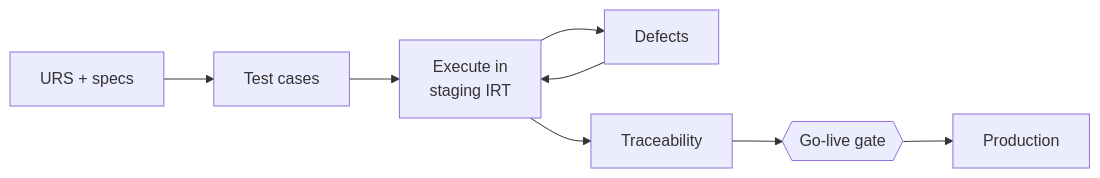
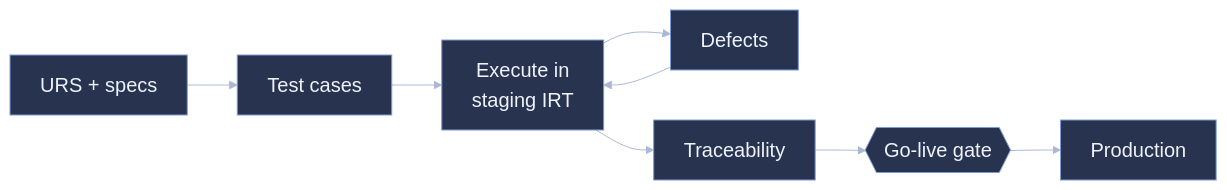
One commit to patrickiben/biometrics-ai-portfolio changed the diagram in uat_irt/quarto/uat-slides.qmd. Above: the diagram before and after it, drawn with Mermaid. The commit also changed other lines of this file and 45 other files, not shown here.

````diff
--- a/uat_irt/quarto/uat-slides.qmd
+++ b/uat_irt/quarto/uat-slides.qmd
@@ -33,10 +35,7 @@
 ```{mermaid}
+%%{init: {'theme':'base','themeVariables':{'primaryColor':'#28344f','primaryTextColor':'#eef2fb','primaryBorderColor':'#7d9bd6','lineColor':'#aab8d6','fontSize':'20px','tertiaryColor':'#20406a','tertiaryTextColor':'#eef2fb','secondaryColor':'#20406a','secondaryTextColor':'#eef2fb'}}}%%
 flowchart LR
-  URS[URS + specs] --> TC[Test cases]
-  TC --> EX[Execute in<br/>staging IRT]
-  EX --> DEF[Defects]
-  DEF --> EX
-  EX --> TR[Traceability]
-  TR --> GATE{{Go-live gate}}
-  GATE --> PROD[Production]
+  URS["URS + specs"] --> TC["Test cases"] --> EX["Execute in<br/>staging IRT"]
+  EX --> DEF["Defects"] --> EX
+  EX --> TR["Traceability"] --> GATE{{"Go-live gate"}} --> PROD["Production"]
 ```
````
